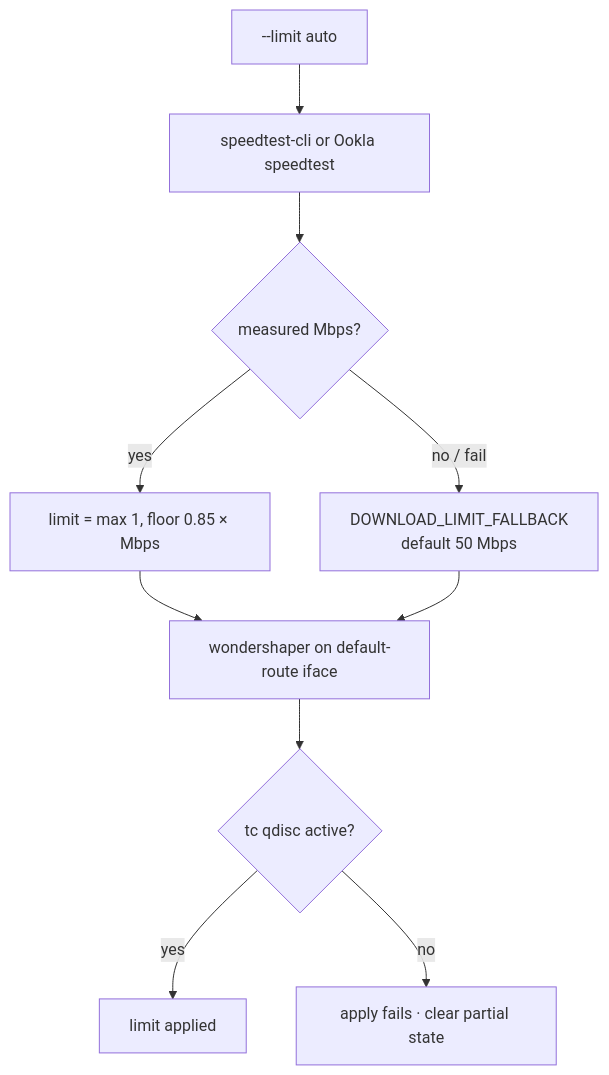
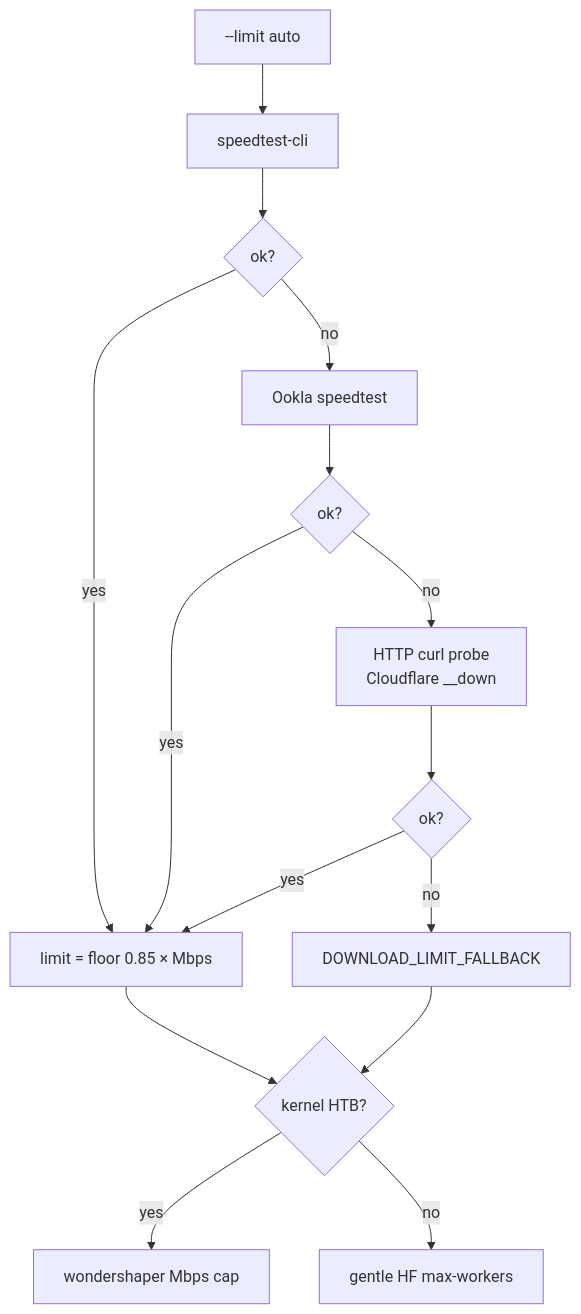
The third of 5 diagrams in docs/download-limit.md (toxicoder/ez-comfy-stack), drawn with Mermaid before and after one commit. The commit also changed other lines of this file and 4 other files, not shown here.

````diff
--- a/docs/download-limit.md
+++ b/docs/download-limit.md
@@ -72,12 +75,17 @@
 ```mermaid
 flowchart TB
-  A["--limit auto"] --> B["speedtest-cli or Ookla speedtest"]
-  B --> C{"measured Mbps?"}
-  C -->|yes| D["limit = max 1, floor 0.85 × Mbps"]
-  C -->|no / fail| E["DOWNLOAD_LIMIT_FALLBACK<br/>default 50 Mbps"]
-  D --> F["wondershaper on default-route iface"]
-  E --> F
-  F --> G{"tc qdisc active?"}
-  G -->|yes| OK["limit applied"]
-  G -->|no| Fail["apply fails · clear partial state"]
+  A["--limit auto"] --> B["speedtest-cli"]
+  B --> C{"ok?"}
+  C -->|no| D["Ookla speedtest"]
+  D --> E{"ok?"}
+  E -->|no| F["HTTP curl probe<br/>Cloudflare __down"]
+  F --> G{"ok?"}
+  C -->|yes| H["limit = floor 0.85 × Mbps"]
+  E -->|yes| H
+  G -->|yes| H
+  G -->|no| I["DOWNLOAD_LIMIT_FALLBACK"]
+  H --> J{"kernel HTB?"}
+  I --> J
+  J -->|yes| K["wondershaper Mbps cap"]
+  J -->|no| L["gentle HF max-workers"]
 ```
````
